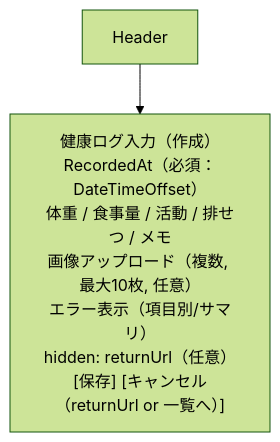
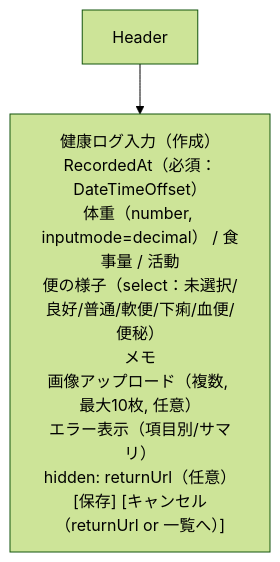
Before and after one commit to Cat5Dog2/PetHealthManagement: diagram 14 of 24 in docs/ui-wireframe.md, drawn with Mermaid (forest theme). The commit also changed other lines of this file and 41 other files, not shown here.

````diff
--- a/docs/ui-wireframe.md
+++ b/docs/ui-wireframe.md
@@ -223,7 +253,7 @@
 ```mermaid
 flowchart TB
   Header["Header"]
-  Form["健康ログ入力（作成）<br/>RecordedAt（必須：DateTimeOffset）<br/>体重 / 食事量 / 活動 / 排せつ / メモ<br/>画像アップロード（複数, 最大10枚, 任意）<br/>エラー表示（項目別/サマリ）<br/>hidden: returnUrl（任意）<br/>[保存] [キャンセル（returnUrl or 一覧へ）]"]
+  Form["健康ログ入力（作成）<br/>RecordedAt（必須：DateTimeOffset）<br/>体重（number, inputmode=decimal） / 食事量 / 活動<br/>便の様子（select：未選択/良好/普通/軟便/下痢/血便/便秘）<br/>メモ<br/>画像アップロード（複数, 最大10枚, 任意）<br/>エラー表示（項目別/サマリ）<br/>hidden: returnUrl（任意）<br/>[保存] [キャンセル（returnUrl or 一覧へ）]"]
 
   Header --> Form
 ```
````
